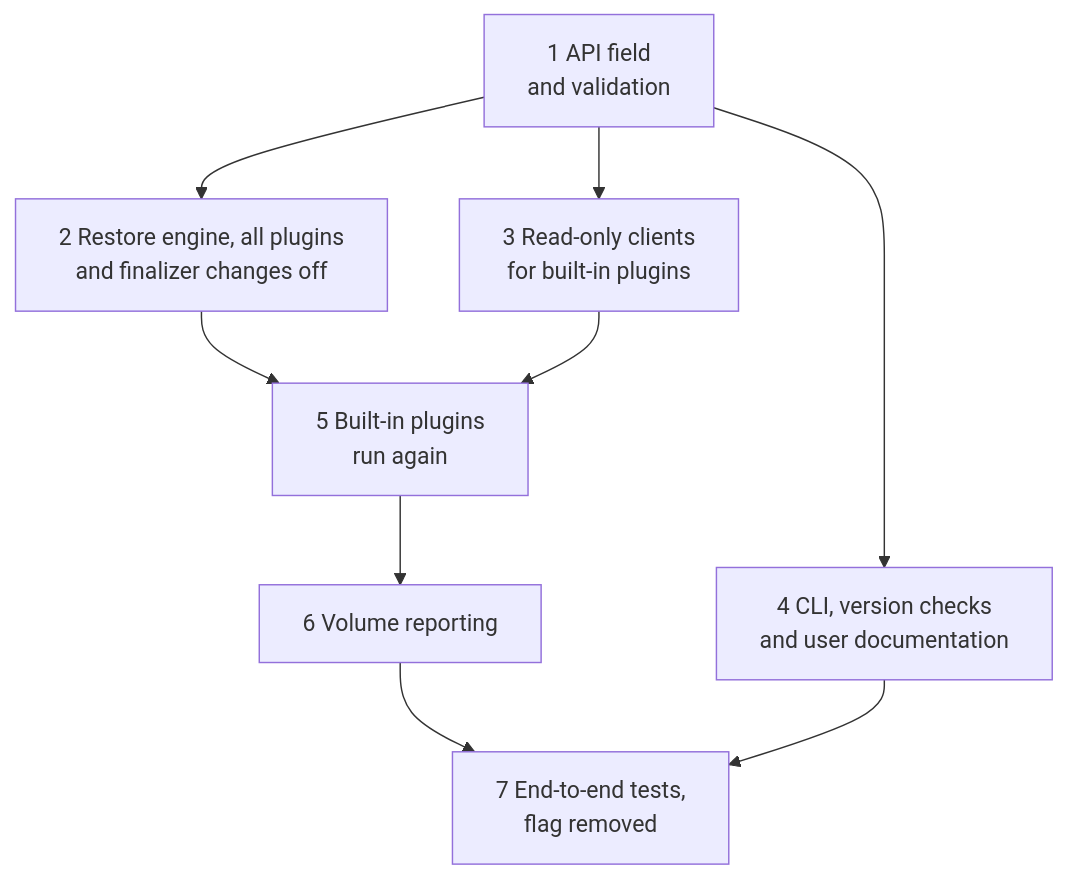
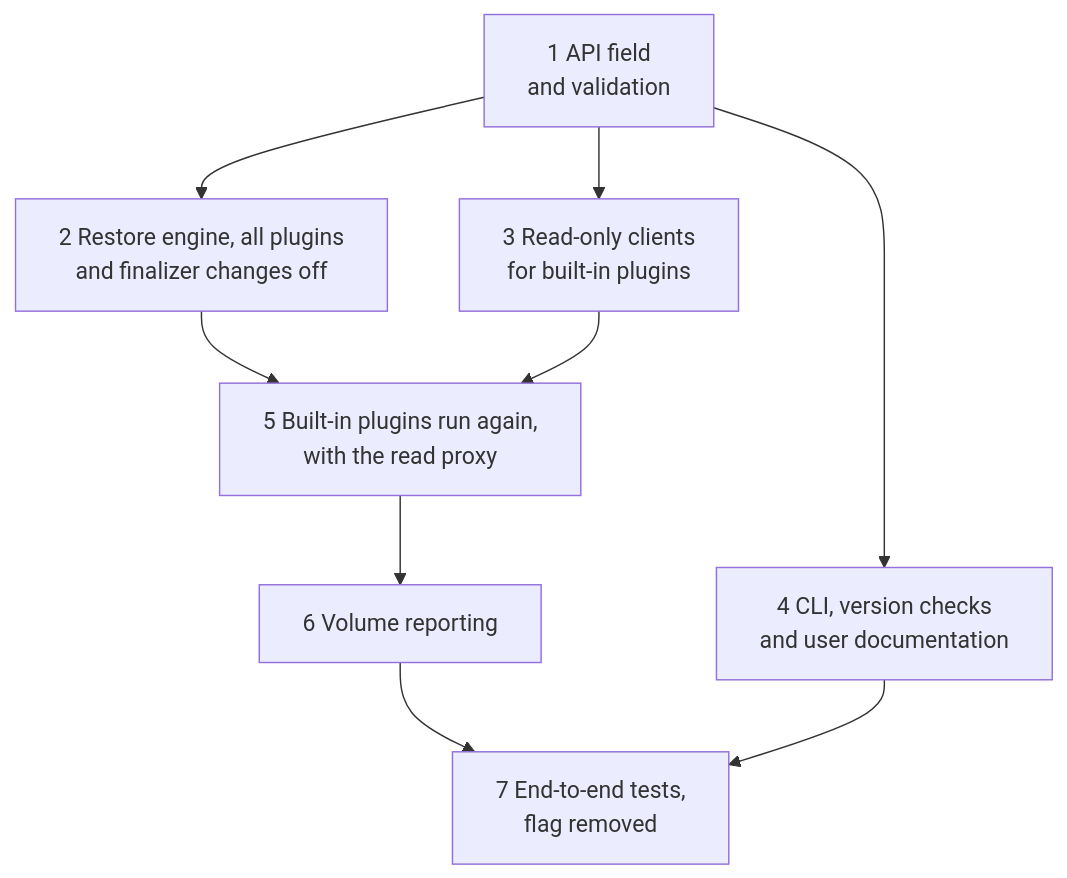
One commit to velero-io/velero changed the fourth of 4 diagrams in design/restore-dry-run_design.md. Above: the diagram before and after it, drawn with Mermaid. The commit also changed other lines of this file, not shown here.

First line of the commit message:
Show the planned state to built-in actions in the restore dry-run design

````diff
--- a/design/restore-dry-run_design.md
+++ b/design/restore-dry-run_design.md
@@ -440,11 +490,11 @@
 ```mermaid
 flowchart TD
     S1["1 API field<br>and validation"] --> S2["2 Restore engine, all plugins<br>and finalizer changes off"]
     S1 --> S3["3 Read-only clients<br>for built-in plugins"]
     S1 --> S4["4 CLI, version checks<br>and user documentation"]
-    S2 --> S5["5 Built-in plugins<br>run again"]
+    S2 --> S5["5 Built-in plugins run again,<br>with the read proxy"]
     S3 --> S5
     S5 --> S6["6 Volume reporting"]
     S6 --> S7["7 End-to-end tests,<br>flag removed"]
     S4 --> S7
 ```
````
